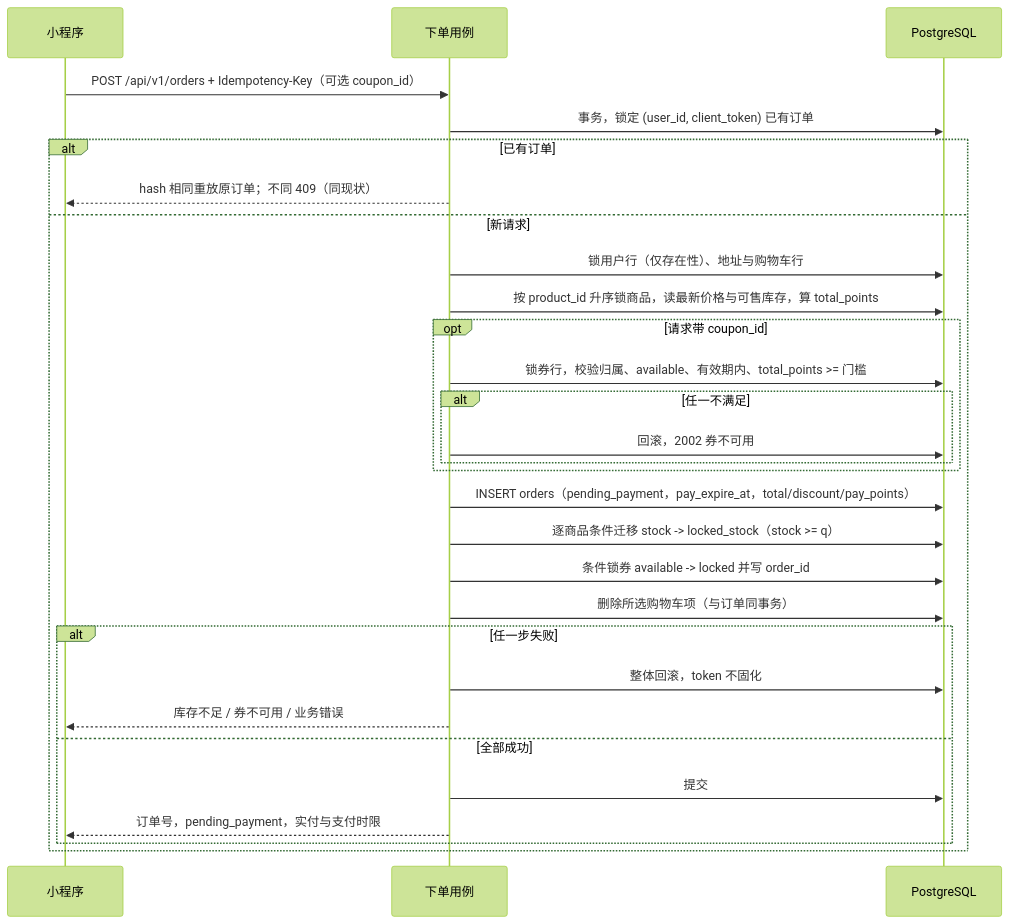
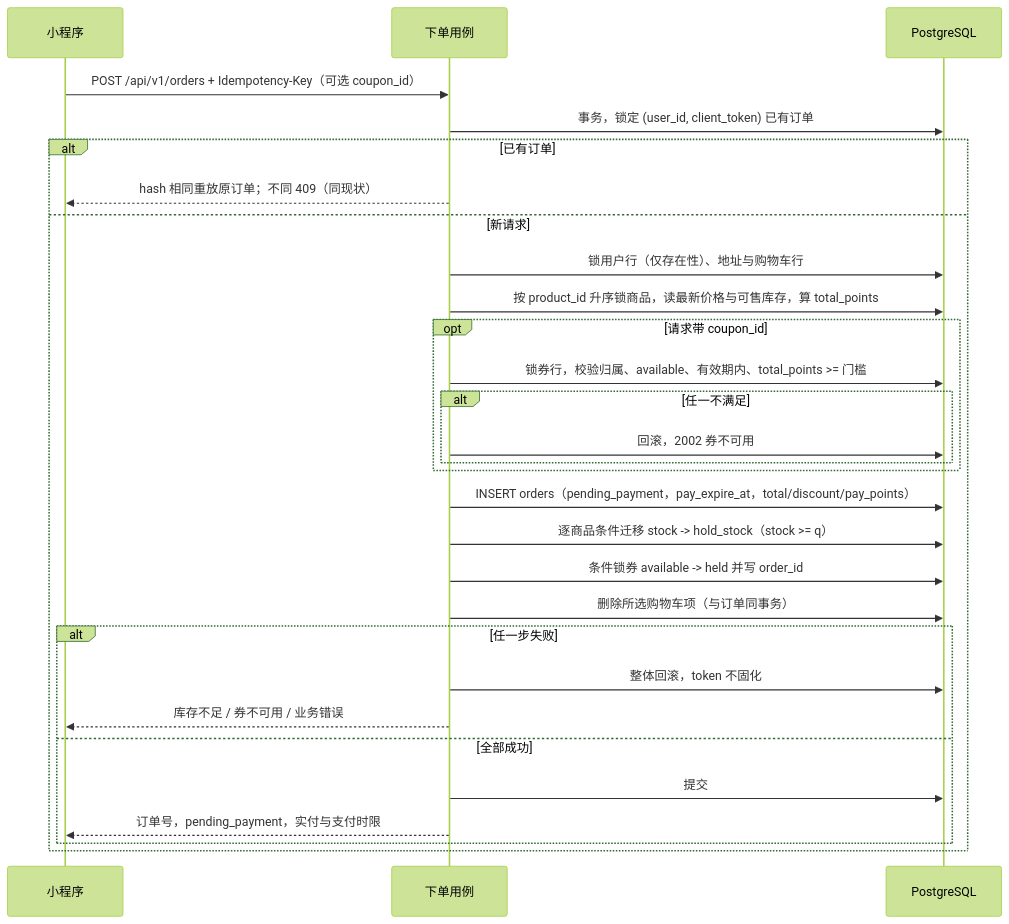
Before and after one commit to RBowind/shop-mall: the fifth of 7 diagrams in docs/architecture/07-coupon-pay-lifecycle.md, drawn with Mermaid (forest theme). The commit also changed other lines of this file and 23 other files, not shown here.

````diff
--- a/docs/architecture/07-coupon-pay-lifecycle.md
+++ b/docs/architecture/07-coupon-pay-lifecycle.md
@@ -248,32 +248,32 @@
 ```mermaid
 sequenceDiagram
     participant M as 小程序
     participant U as 下单用例
     participant DB as PostgreSQL
 
     M->>U: POST /api/v1/orders + Idempotency-Key（可选 coupon_id）
     U->>DB: 事务，锁定 (user_id, client_token) 已有订单
     alt 已有订单
         U-->>M: hash 相同重放原订单；不同 409（同现状）
     else 新请求
         U->>DB: 锁用户行（仅存在性）、地址与购物车行
         U->>DB: 按 product_id 升序锁商品，读最新价格与可售库存，算 total_points
         opt 请求带 coupon_id
             U->>DB: 锁券行，校验归属、available、有效期内、total_points >= 门槛
             alt 任一不满足
                 U->>DB: 回滚，2002 券不可用
             end
         end
         U->>DB: INSERT orders（pending_payment，pay_expire_at，total/discount/pay_points）
-        U->>DB: 逐商品条件迁移 stock -> locked_stock（stock >= q）
-        U->>DB: 条件锁券 available -> locked 并写 order_id
+        U->>DB: 逐商品条件迁移 stock -> hold_stock（stock >= q）
+        U->>DB: 条件锁券 available -> held 并写 order_id
         U->>DB: 删除所选购物车项（与订单同事务）
         alt 任一步失败
             U->>DB: 整体回滚，token 不固化
             U-->>M: 库存不足 / 券不可用 / 业务错误
         else 全部成功
             U->>DB: 提交
             U-->>M: 订单号，pending_payment，实付与支付时限
         end
     end
 ```
````
